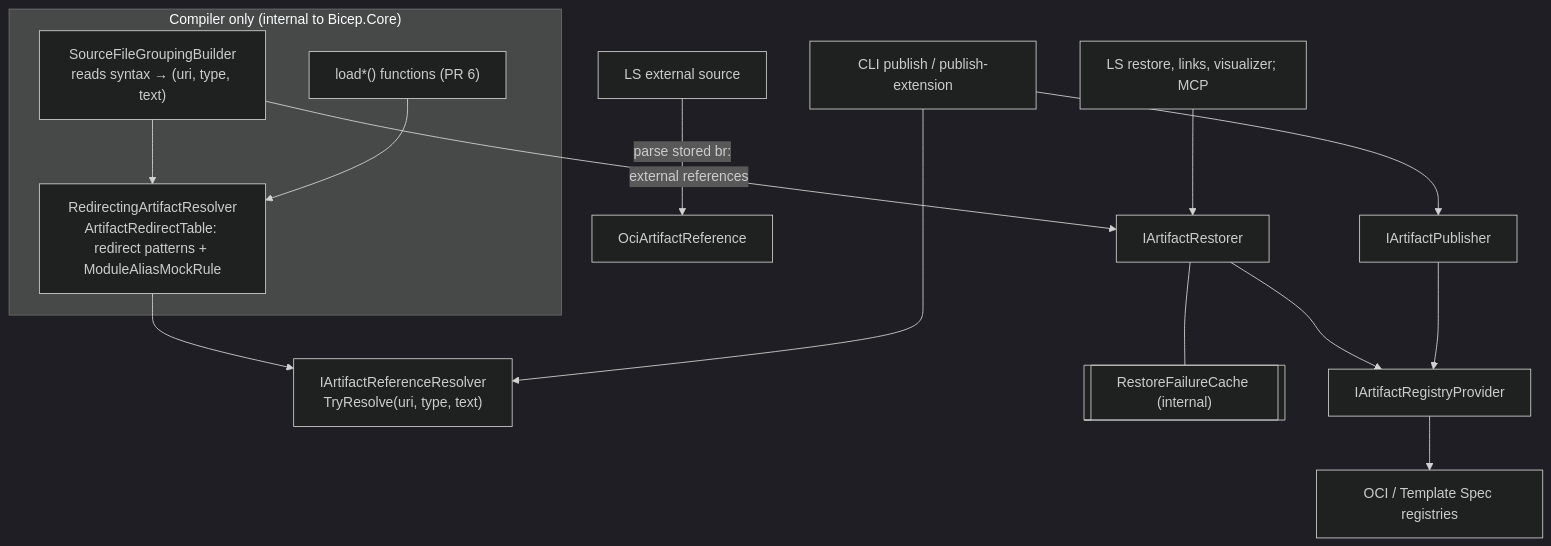
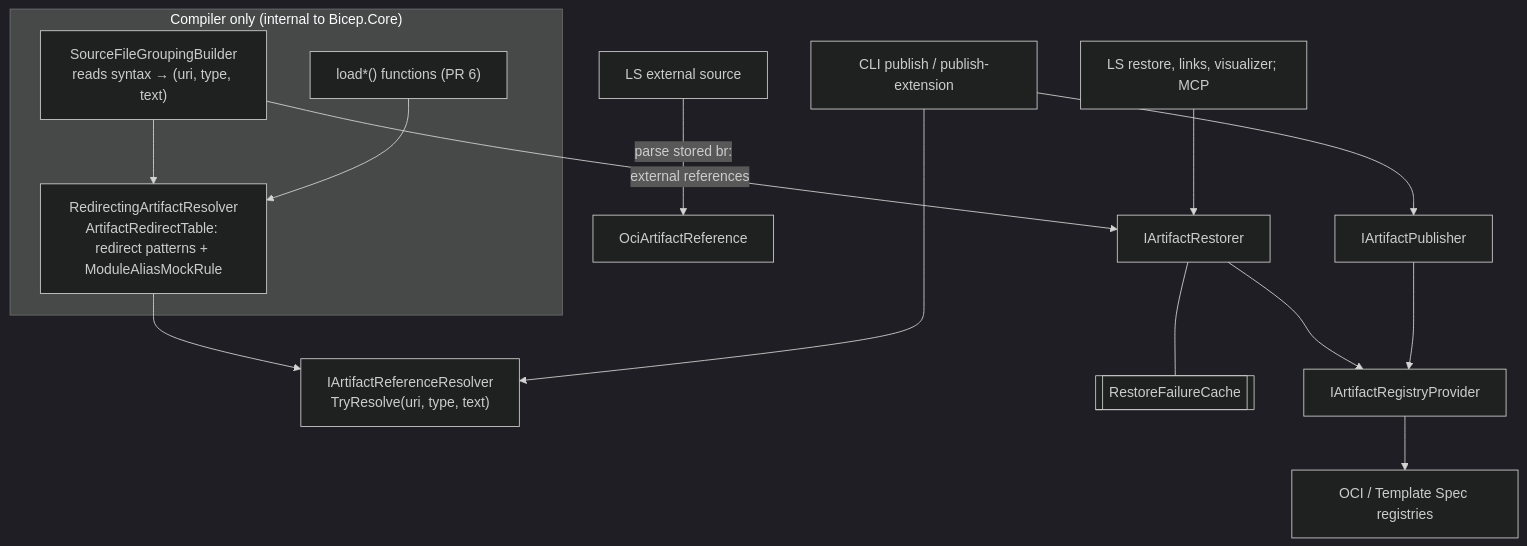
One commit to Azure/bicep changed the second of 2 diagrams in docs/design/rep-0022-implementation-plan.md. Above: the diagram before and after it, drawn with Mermaid (dark theme). The commit also changed other lines of this file and 52 other files, not shown here.

````diff
--- a/docs/design/rep-0022-implementation-plan.md
+++ b/docs/design/rep-0022-implementation-plan.md
@@ -203,18 +203,18 @@
 ```mermaid
 flowchart TB
   subgraph Compiler["Compiler only (internal to Bicep.Core)"]
     SG["SourceFileGroupingBuilder<br/>reads syntax → (uri, type, text)"] --> RR
     LF["load*() functions (PR 6)"] --> RR
     RR["RedirectingArtifactResolver<br/>ArtifactRedirectTable: redirect patterns + ModuleAliasMockRule"]
   end
   RR --> R["IArtifactReferenceResolver<br/>TryResolve(uri, type, text)"]
   CLI["CLI publish / publish-extension"] --> R
   EXT["LS external source"] -->|"parse stored br:"| OCI["OciArtifactReference"]
   SG -->|"external references"| RS["IArtifactRestorer"]
   LSR["LS restore, links, visualizer; MCP"] --> RS
   CLI --> P["IArtifactPublisher"]
-  RS --- FC[["RestoreFailureCache (internal)"]]
+  RS --- FC[["RestoreFailureCache"]]
   RS --> RP["IArtifactRegistryProvider"]
   P --> RP
   RP --> REG["OCI / Template Spec registries"]
 ```
````
